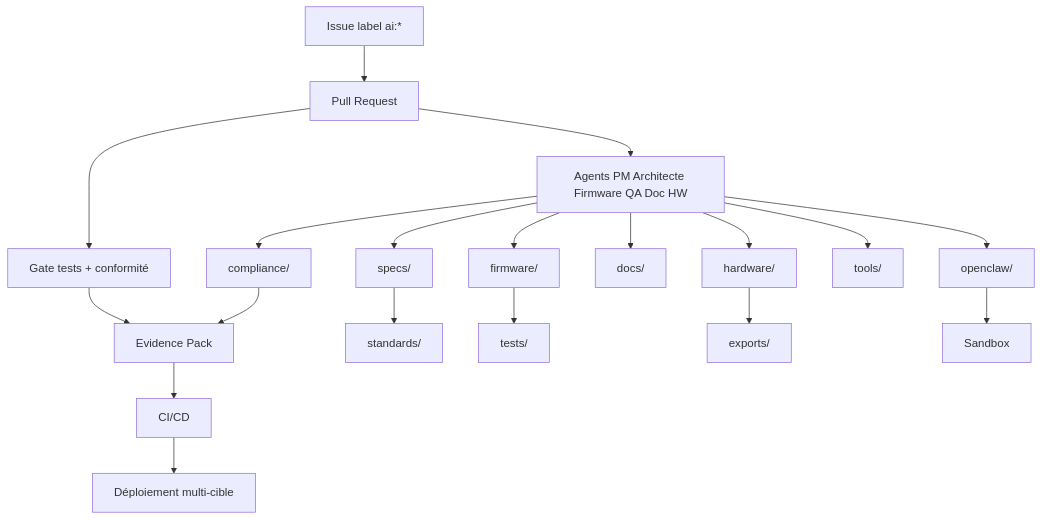
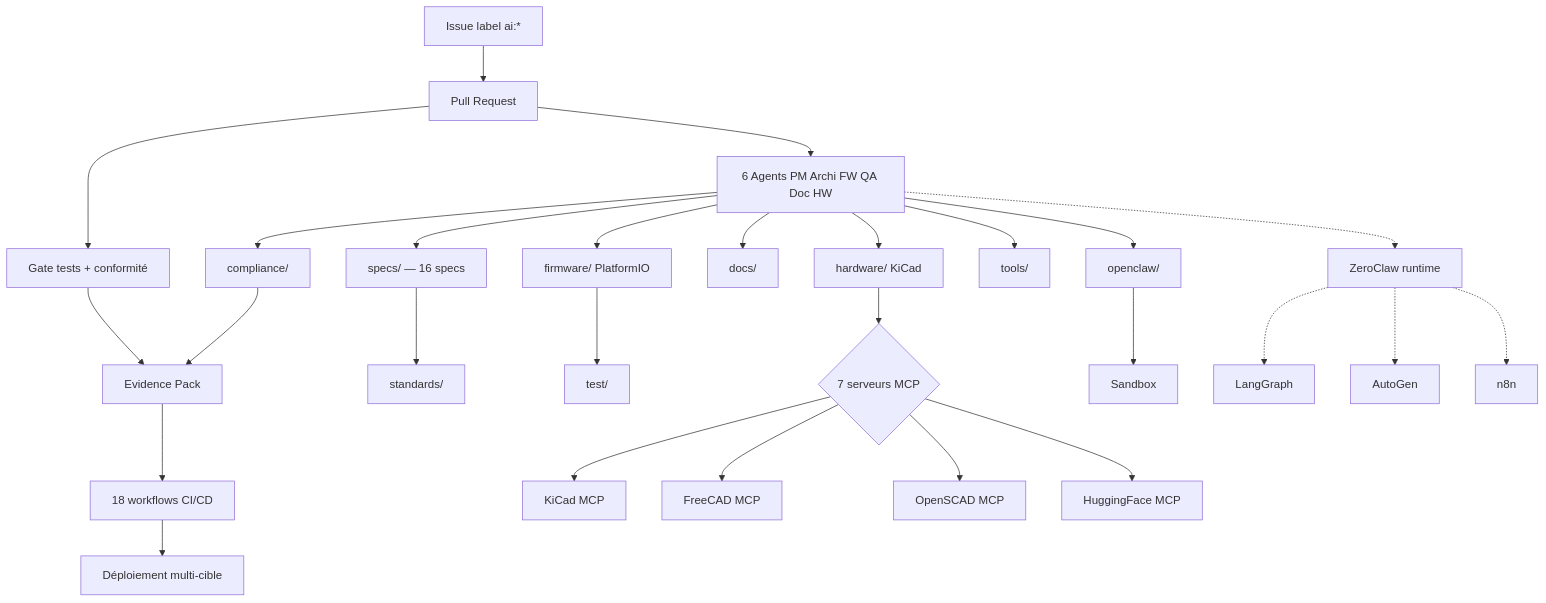
One commit to electron-rare/Kill_LIFE changed the diagram in README.md. Above: the diagram before and after it, drawn with Mermaid. The commit also changed other lines of this file, not shown here.

First line of the commit message:
docs: complete README with full MCP, agents, specs, compliance and ecosystem chain

````diff
--- a/README.md
+++ b/README.md
@@ -75,21 +75,29 @@
 ```mermaid
 flowchart TD
   Issue[Issue label ai:*] --> PR[Pull Request]
   PR --> Gate[Gate tests + conformité]
   Gate --> Evidence[Evidence Pack]
-  Evidence --> CI[CI/CD]
+  Evidence --> CI[18 workflows CI/CD]
   CI --> Deploy[Déploiement multi-cible]
-  PR --> Agents[Agents PM Architecte Firmware QA Doc HW]
-  Agents --> Specs[specs/]
-  Agents --> Firmware[firmware/]
-  Agents --> Hardware[hardware/]
+  PR --> Agents[6 Agents PM Archi FW QA Doc HW]
+  Agents --> Specs[specs/ — 16 specs]
+  Agents --> Firmware[firmware/ PlatformIO]
+  Agents --> Hardware[hardware/ KiCad]
   Agents --> Docs[docs/]
   Agents --> Compliance[compliance/]
   Agents --> Tools[tools/]
   Agents --> OpenClaw[openclaw/]
   Specs --> Standards[standards/]
-  Firmware --> Tests[tests/]
-  Hardware --> Exports[exports/]
+  Firmware --> Tests[test/]
+  Hardware --> MCP{7 serveurs MCP}
+  MCP --> KiCad[KiCad MCP]
+  MCP --> FreeCAD[FreeCAD MCP]
+  MCP --> OpenSCAD[OpenSCAD MCP]
+  MCP --> HF[HuggingFace MCP]
   Compliance --> Evidence
   OpenClaw --> Sandbox[Sandbox]
+  Agents -.-> ZeroClaw[ZeroClaw runtime]
+  ZeroClaw -.-> LangGraph[LangGraph]
+  ZeroClaw -.-> AutoGen[AutoGen]
+  ZeroClaw -.-> N8N[n8n]
 ```
````
